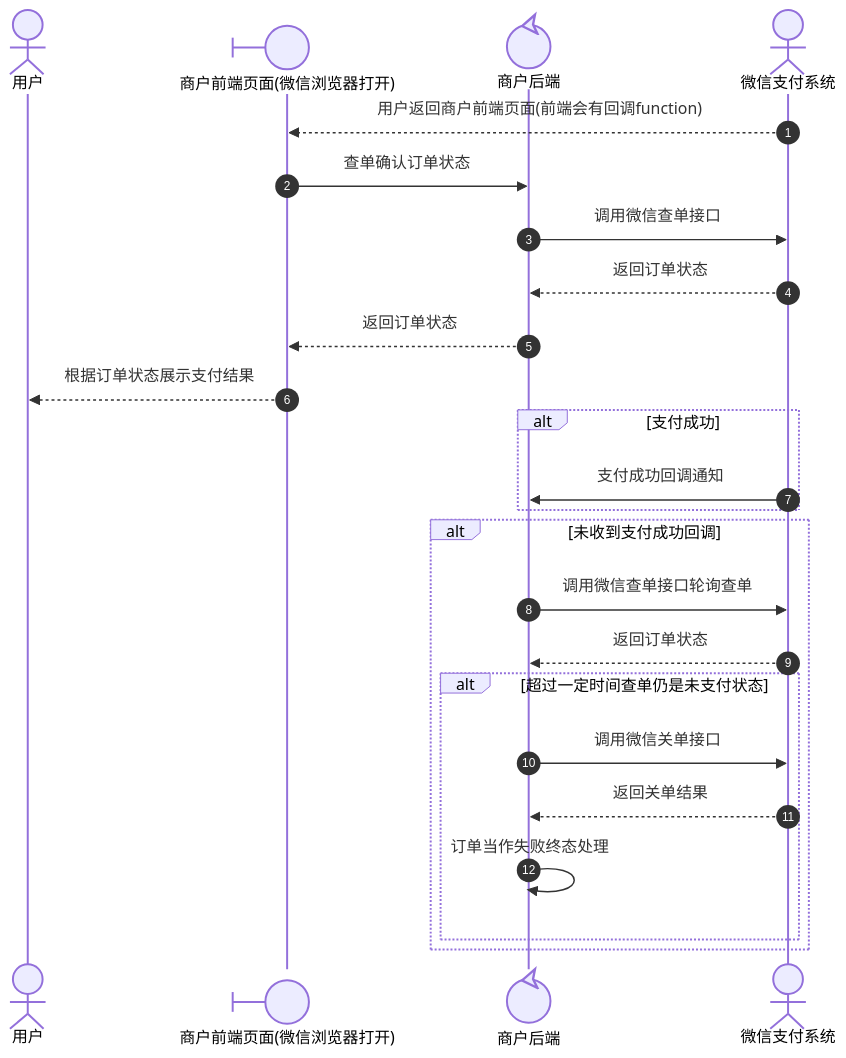
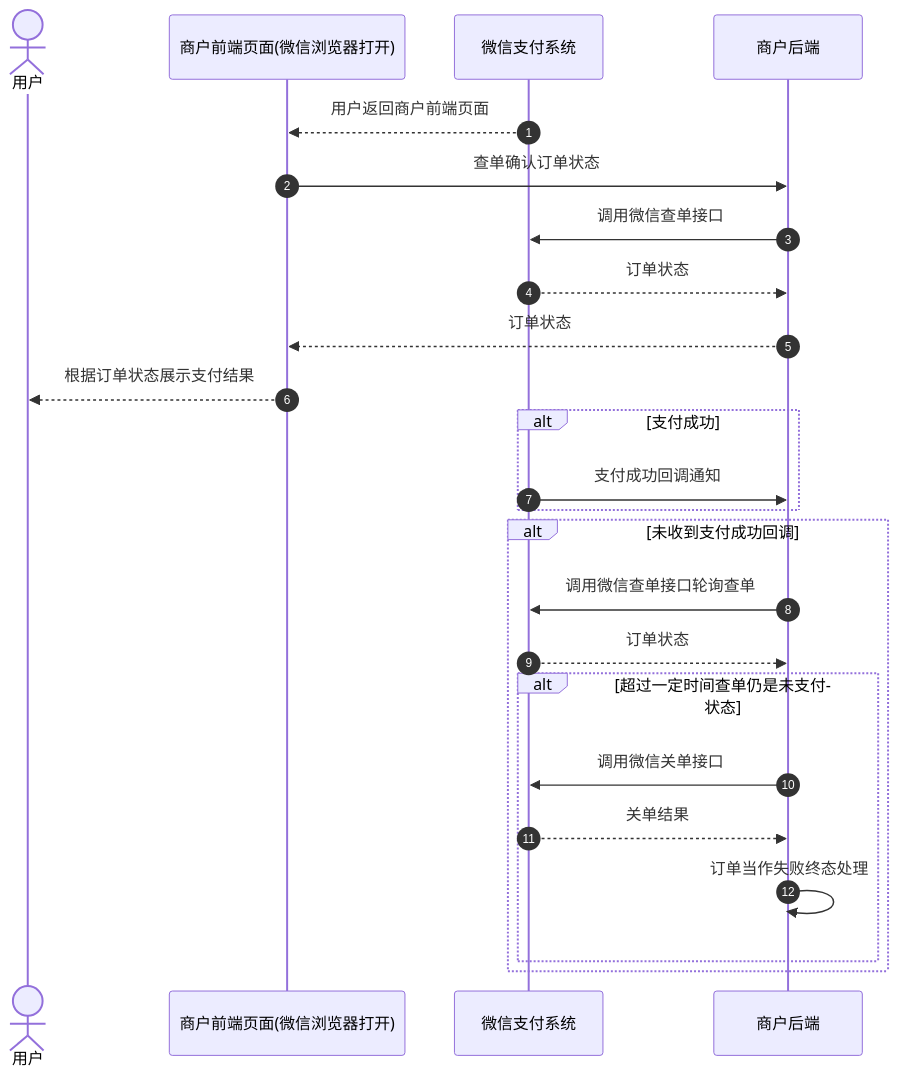
Before and after one commit to minibear2021/wechatpay_docs: the third of 4 diagrams in docs/merchant/pages/4012791870.md, drawn with Mermaid. The commit also changed other lines of this file and 7 other files, not shown here.

````diff
--- a/docs/merchant/pages/4012791870.md
+++ b/docs/merchant/pages/4012791870.md
@@ -114,32 +114,26 @@
 ```mermaid
 sequenceDiagram
-    %% xwatt: autonumber ea
-    autonumber
-    actor User as 用户
-    participant Mch@{ type: boundary } as 商户前端页面(微信浏览器打开)
-    participant Mch2@{ type: control }  as 商户后端
-    participant WxPay@{ type: actor, xwattType: secondaryActor } as 微信支付系统
-
-    WxPay-->>Mch: 用户返回商户前端页面(前端会有回调function)
-    Mch->>Mch2: 查单确认订单状态
-    Mch2->>WxPay: 调用微信查单接口
-    WxPay-->>Mch2: 返回订单状态
-    Mch2-->>Mch: 返回订单状态
-    Mch-->>User: 根据订单状态展示支付结果
-
-    alt 支付成功
-    	WxPay->>Mch2: 支付成功回调通知
+  autonumber
+  actor p0 as 用户
+  participant p1 as 商户前端页面(微信浏览器打开)
+  participant p2 as 微信支付系统
+  participant p3 as 商户后端
+  p2-->>p1: 用户返回商户前端页面
+  p1->>p3: 查单确认订单状态
+  p3->>p2: 调用微信查单接口
+  p2-->>p3: 订单状态
+  p3-->>p1: 订单状态
+  p1-->>p0: 根据订单状态展示支付结果
+  alt 支付成功
+    p2->>p3: 支付成功回调通知
+  end
+  alt 未收到支付成功回调
+    p3->>p2: 调用微信查单接口轮询查单
+    p2-->>p3: 订单状态
+    alt 超过一定时间查单仍是未支付状态
+      p3->>p2: 调用微信关单接口
+      p2-->>p3: 关单结果
+      p3->>p3: 订单当作失败终态处理
     end
-
-    alt 未收到支付成功回调
-      Mch2->>WxPay: 调用微信查单接口轮询查单
-      WxPay-->>Mch2: 返回订单状态
-
-      alt 超过一定时间查单仍是未支付状态
-        Mch2->>WxPay: 调用微信关单接口
-        WxPay-->>Mch2: 返回关单结果
-        Mch2->>Mch2: 订单当作失败终态处理
-      end
-
-    end
+  end
 ```
````
